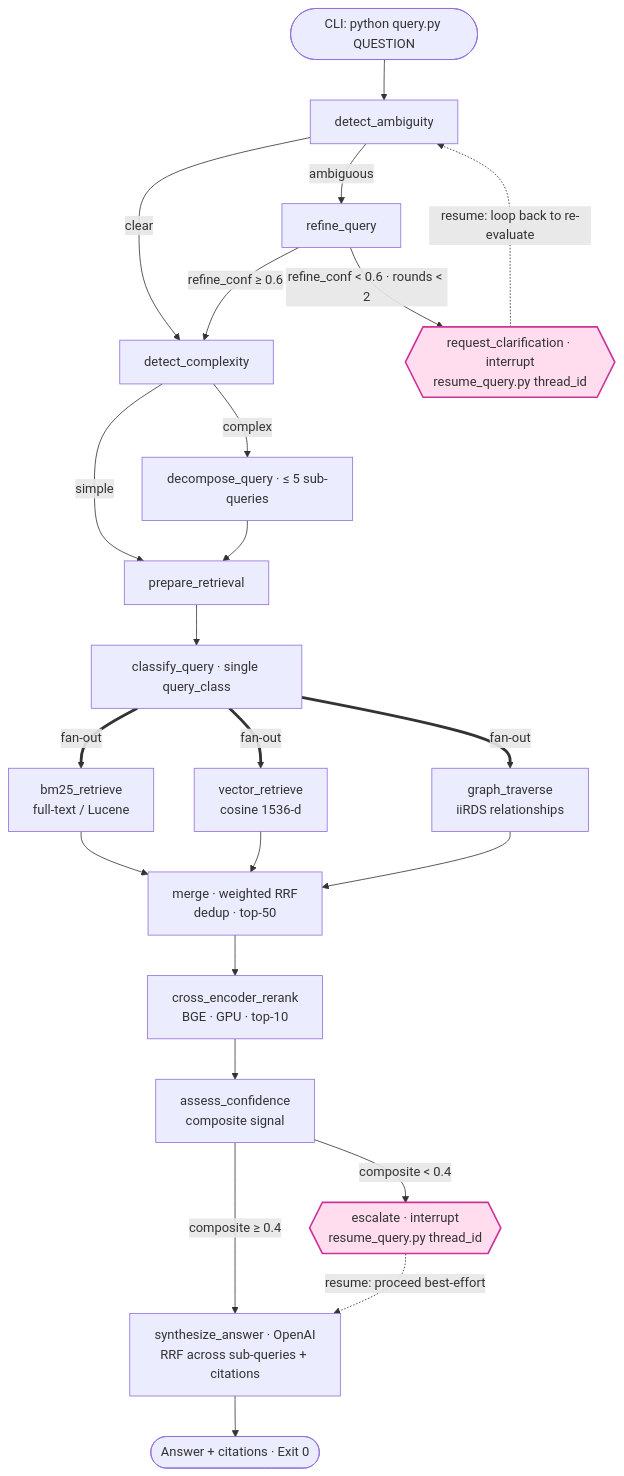
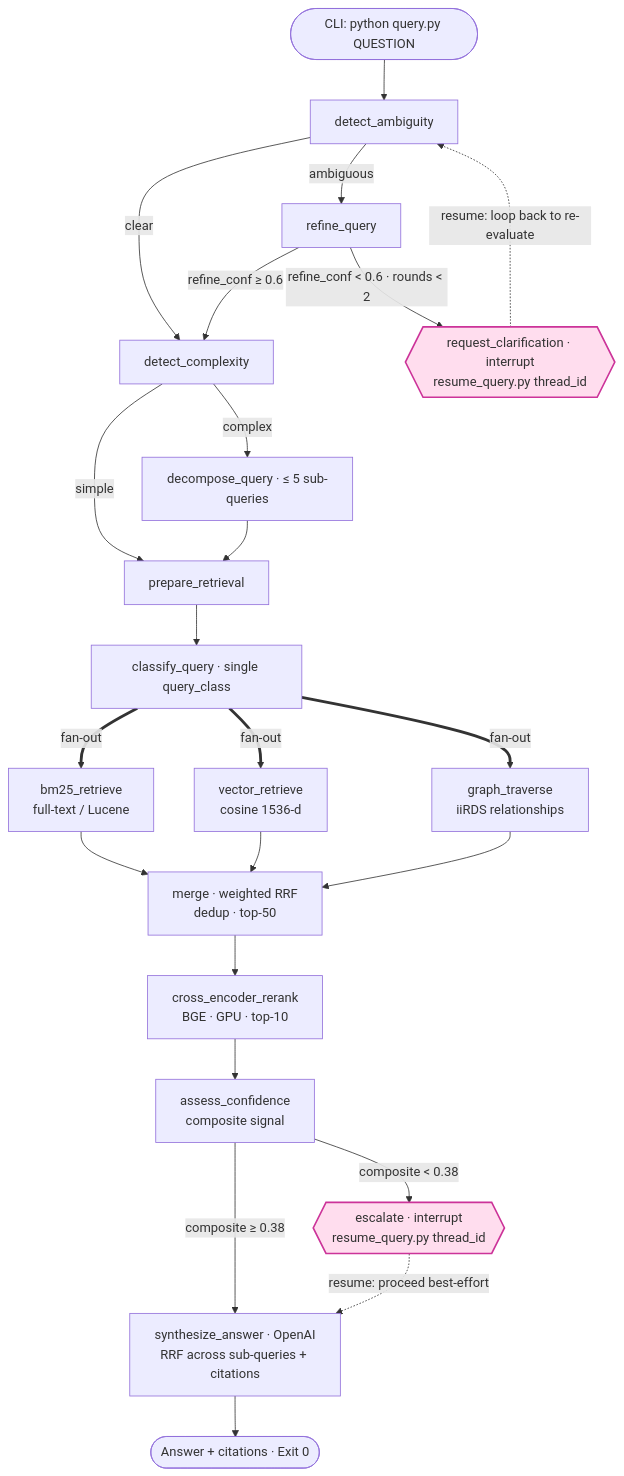
The second of 2 diagrams in USER_MANUAL.md (suryakantverma2013/graphrag-pipeline), drawn with Mermaid before and after one commit. The commit also changed other lines of this file and 7 other files, not shown here.

````diff
--- a/USER_MANUAL.md
+++ b/USER_MANUAL.md
@@ -380,30 +382,30 @@
 ```mermaid
 flowchart TD
     A([CLI: python query.py QUESTION]) --> DA[detect_ambiguity]
     DA -->|ambiguous| RQ[refine_query]
     DA -->|clear| DC[detect_complexity]
     RQ -->|refine_conf ≥ 0.6| DC
     RQ -->|refine_conf &lt; 0.6 · rounds &lt; 2| RC{{request_clarification · interrupt<br/>resume_query.py thread_id}}
     RC -. "resume: loop back to re-evaluate" .-> DA
     DC -->|complex| DQ[decompose_query · ≤ 5 sub-queries]
     DC -->|simple| PR[prepare_retrieval]
     DQ --> PR
     PR --> CQ[classify_query · single query_class]
 
     CQ ==>|fan-out| BM[bm25_retrieve<br/>full-text / Lucene]
     CQ ==>|fan-out| VE[vector_retrieve<br/>cosine 1536-d]
     CQ ==>|fan-out| GR[graph_traverse<br/>iiRDS relationships]
     BM --> MG[merge · weighted RRF<br/>dedup · top-50]
     VE --> MG
     GR --> MG
 
     MG --> CE[cross_encoder_rerank<br/>BGE · GPU · top-10]
     CE --> AC[assess_confidence<br/>composite signal]
-    AC -->|composite &lt; 0.4| ES{{escalate · interrupt<br/>resume_query.py thread_id}}
-    AC -->|composite ≥ 0.4| SY[synthesize_answer · OpenAI<br/>RRF across sub-queries + citations]
+    AC -->|composite &lt; 0.38| ES{{escalate · interrupt<br/>resume_query.py thread_id}}
+    AC -->|composite ≥ 0.38| SY[synthesize_answer · OpenAI<br/>RRF across sub-queries + citations]
     ES -. "resume: proceed best-effort" .-> SY
     SY --> END([Answer + citations · Exit 0])
 
     classDef interrupt fill:#fde,stroke:#c39,stroke-width:2px;
     class RC,ES interrupt;
 ```
````
